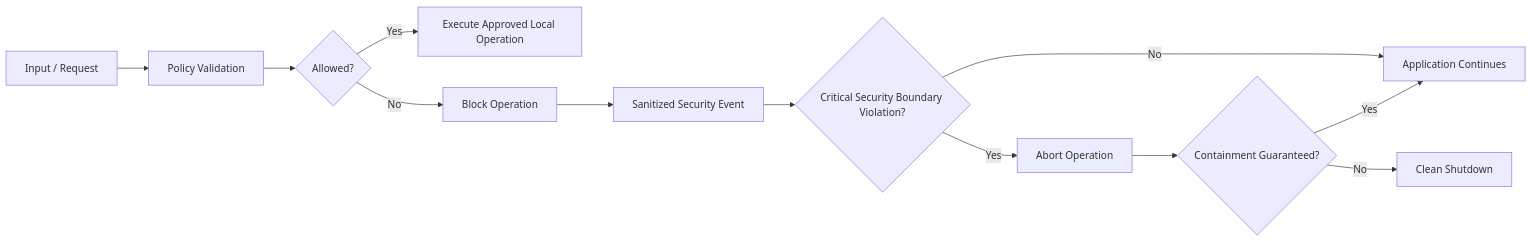
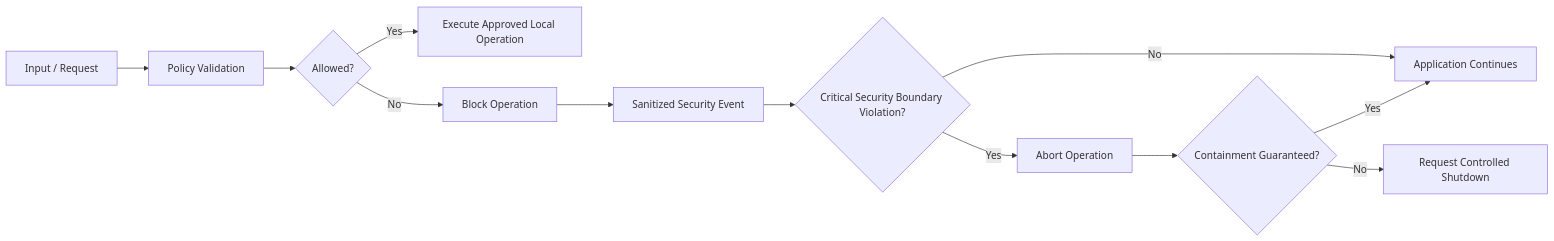
The fifth of 8 diagrams in README.md (daniel-carneiro-nascimento/sherlock-home), drawn with Mermaid before and after one commit. The commit also changed other lines of this file and 14 other files, not shown here.

Commit message:
Update security architecture and roadmap

````diff
--- a/README.md
+++ b/README.md
@@ -379,27 +482,27 @@
 ```mermaid
 flowchart LR
 
     INPUT[Input / Request]
 
     INPUT --> VALIDATE[Policy Validation]
 
     VALIDATE --> DECISION{Allowed?}
 
     DECISION -->|Yes| EXECUTE[Execute Approved Local Operation]
 
     DECISION -->|No| BLOCK[Block Operation]
 
     BLOCK --> LOG[Sanitized Security Event]
 
     LOG --> CRITICAL{Critical Security Boundary Violation?}
 
     CRITICAL -->|No| CONTINUE[Application Continues]
 
     CRITICAL -->|Yes| ABORT[Abort Operation]
 
     ABORT --> SAFE{Containment Guaranteed?}
 
     SAFE -->|Yes| CONTINUE
 
-    SAFE -->|No| SHUTDOWN[Clean Shutdown]
+    SAFE -->|No| REQUEST[Request Controlled Shutdown]
 ```
````
